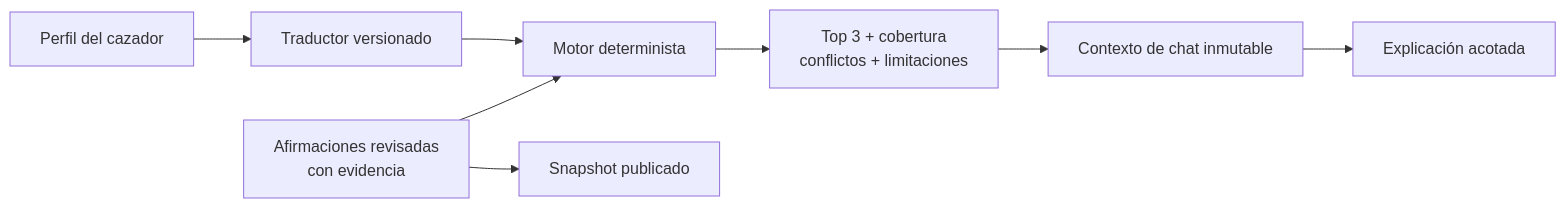
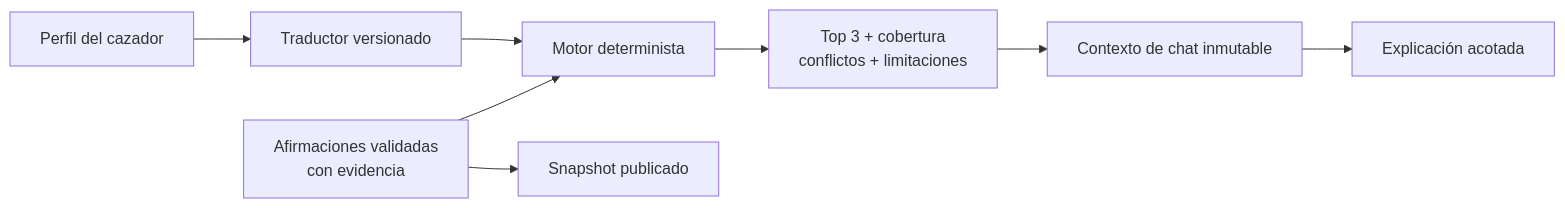
Before and after one commit to m3mo89/K9ExpertMultimodalRAG: diagram 11 of 11 in docs/architecture/diagrams.md, drawn with Mermaid. The commit also changed other lines of this file and 55 other files, not shown here.

````diff
--- a/docs/architecture/diagrams.md
+++ b/docs/architecture/diagrams.md
@@ -310,10 +310,10 @@
 ```mermaid
 flowchart LR
   profile[Perfil del cazador] --> translator[Traductor versionado]
   translator --> engine[Motor determinista]
-  assertions[Afirmaciones revisadas\ncon evidencia] --> engine
+  assertions[Afirmaciones validadas\ncon evidencia] --> engine
   engine --> result[Top 3 + cobertura\nconflictos + limitaciones]
   result --> context[Contexto de chat inmutable]
   context --> explanation[Explicación acotada]
   assertions --> snapshot[Snapshot publicado]
 ```
````
